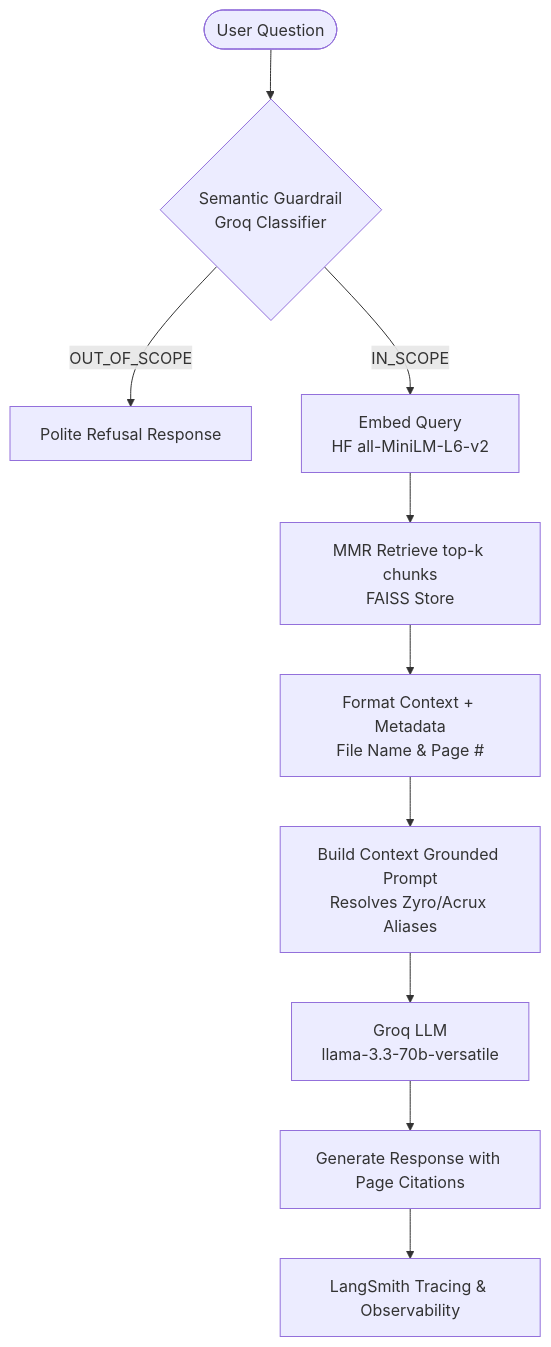
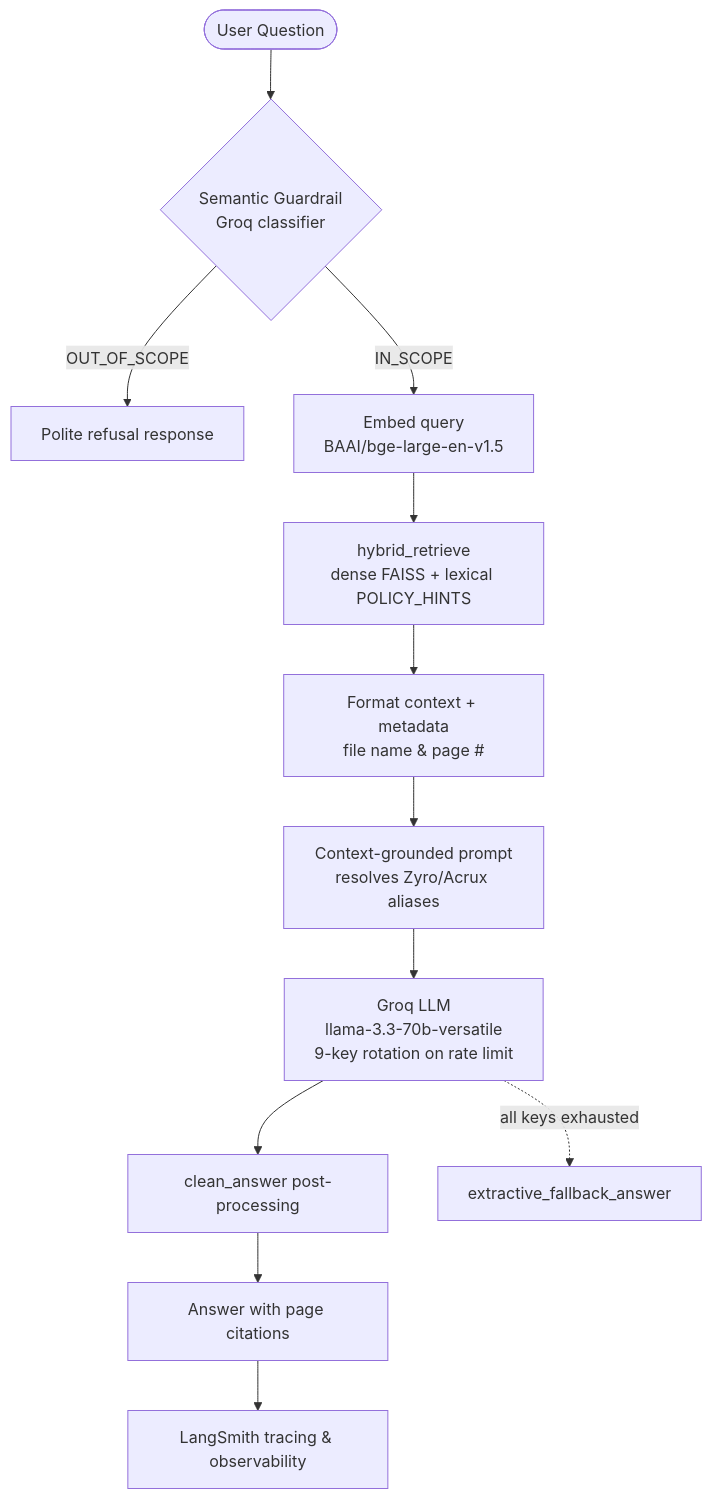
Before and after one commit to dewanshu0311/Rag-Assistant-masterclass: the diagram in README.md, drawn with Mermaid. The commit also changed other lines of this file, not shown here.

````diff
--- a/README.md
+++ b/README.md
@@ -27,16 +47,18 @@
 ```mermaid
 graph TD
-    User([User Question]) --> Guardrail{Semantic Guardrail<br>Groq Classifier}
-    
-    Guardrail -- "OUT_OF_SCOPE" --> Refuse[Polite Refusal Response]
-    Guardrail -- "IN_SCOPE" --> Embed[Embed Query<br>HF all-MiniLM-L6-v2]
-    
-    Embed --> Retrieve[MMR Retrieve top-k chunks<br>FAISS Store]
-    Retrieve --> Context[Format Context + Metadata<br>File Name & Page #]
-    Context --> Prompt[Build Context Grounded Prompt<br>Resolves Zyro/Acrux Aliases]
-    
-    Prompt --> LLM[Groq LLM<br>llama-3.3-70b-versatile]
-    LLM --> Response[Generate Response with Page Citations]
-    
-    Response --> Trace[LangSmith Tracing & Observability]
+    User([User Question]) --> Guardrail{Semantic Guardrail<br>Groq classifier}
+
+    Guardrail -- "OUT_OF_SCOPE" --> Refuse[Polite refusal response]
+    Guardrail -- "IN_SCOPE" --> Embed[Embed query<br>BAAI/bge-large-en-v1.5]
+
+    Embed --> Retrieve[hybrid_retrieve<br>dense FAISS + lexical POLICY_HINTS]
+    Retrieve --> Context[Format context + metadata<br>file name & page #]
+    Context --> Prompt[Context-grounded prompt<br>resolves Zyro/Acrux aliases]
+
+    Prompt --> LLM[Groq LLM<br>llama-3.3-70b-versatile<br>9-key rotation on rate limit]
+    LLM --> Clean[clean_answer post-processing]
+    Clean --> Response[Answer with page citations]
+    LLM -. "all keys exhausted" .-> Fallback[extractive_fallback_answer]
+
+    Response --> Trace[LangSmith tracing & observability]
 ```
````
